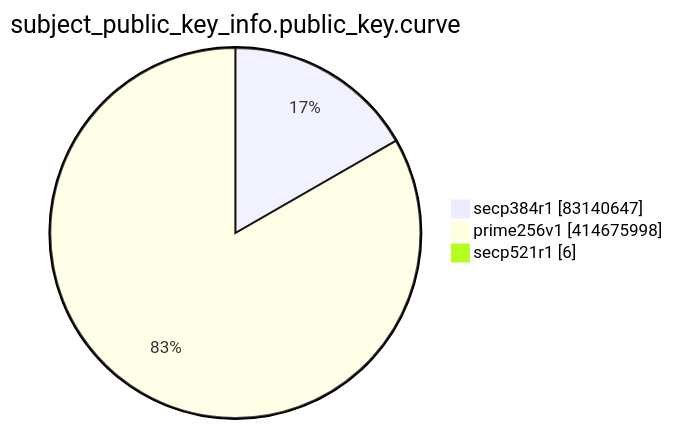
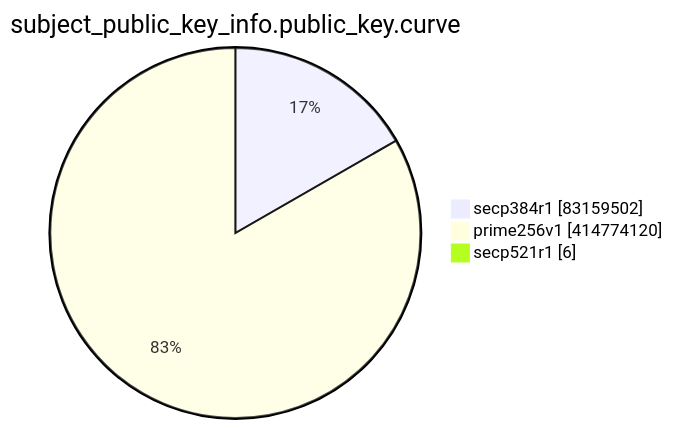
Before and after one commit to christiankrug/ctmonitor_visualization: the eighth of 15 diagrams in TOTAL/README.md, drawn with Mermaid. The commit also changed other lines of this file, not shown here.

````diff
--- a/TOTAL/README.md
+++ b/TOTAL/README.md
@@ -3098,7 +3098,7 @@
 ```mermaid
 pie showData
 title subject_public_key_info.public_key.curve
-"secp384r1" :83140647
-"prime256v1" :414675998
+"secp384r1" :83159502
+"prime256v1" :414774120
 "secp521r1" :6
 ```
````
